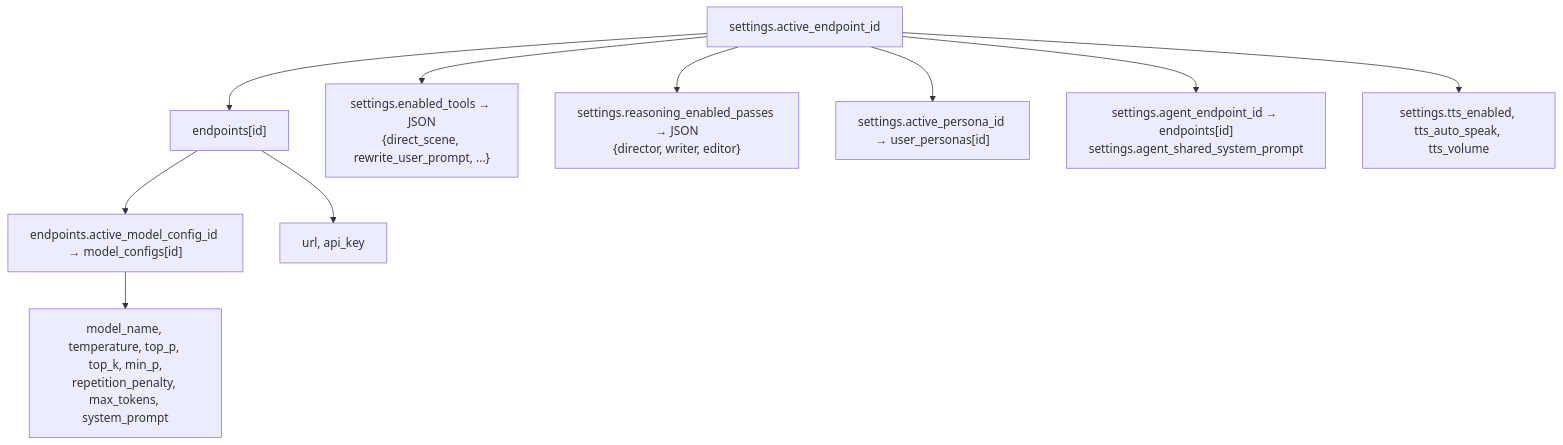
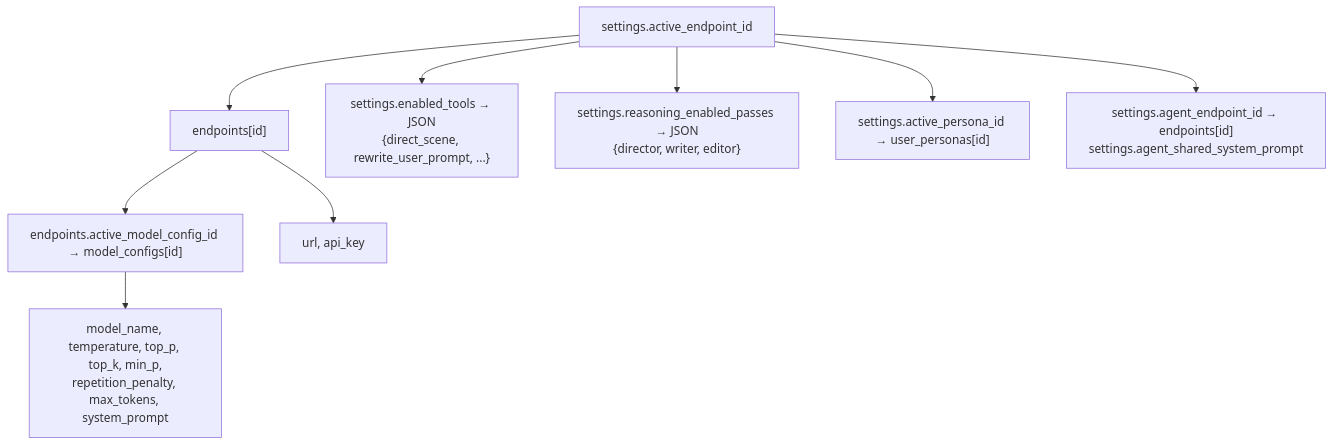
One commit to OrbFrontend/Orb changed the fourth of 4 diagrams in AGENTS.md. Above: the diagram before and after it, drawn with Mermaid. The commit also changed other lines of this file, not shown here.

````diff
--- a/AGENTS.md
+++ b/AGENTS.md
@@ -301,13 +273,12 @@
 ```mermaid
 flowchart TD
     settings["settings.active_endpoint_id"] --> endpoints["endpoints[id]"]
     endpoints --> model_config["endpoints.active_model_config_id → model_configs[id]"]
     model_config --> params["model_name, temperature, top_p, top_k, min_p,<br/>repetition_penalty, max_tokens, system_prompt"]
     endpoints --> api_details["url, api_key"]
 
     settings --> enabled_tools["settings.enabled_tools → JSON<br/>{direct_scene, rewrite_user_prompt, ...}"]
     settings --> reasoning["settings.reasoning_enabled_passes → JSON<br/>{director, writer, editor}"]
     settings --> persona["settings.active_persona_id → user_personas[id]"]
     settings --> agent["settings.agent_endpoint_id → endpoints[id]<br/>settings.agent_shared_system_prompt"]
-    settings --> tts_cfg["settings.tts_enabled, tts_auto_speak, tts_volume"]
 ```
````
